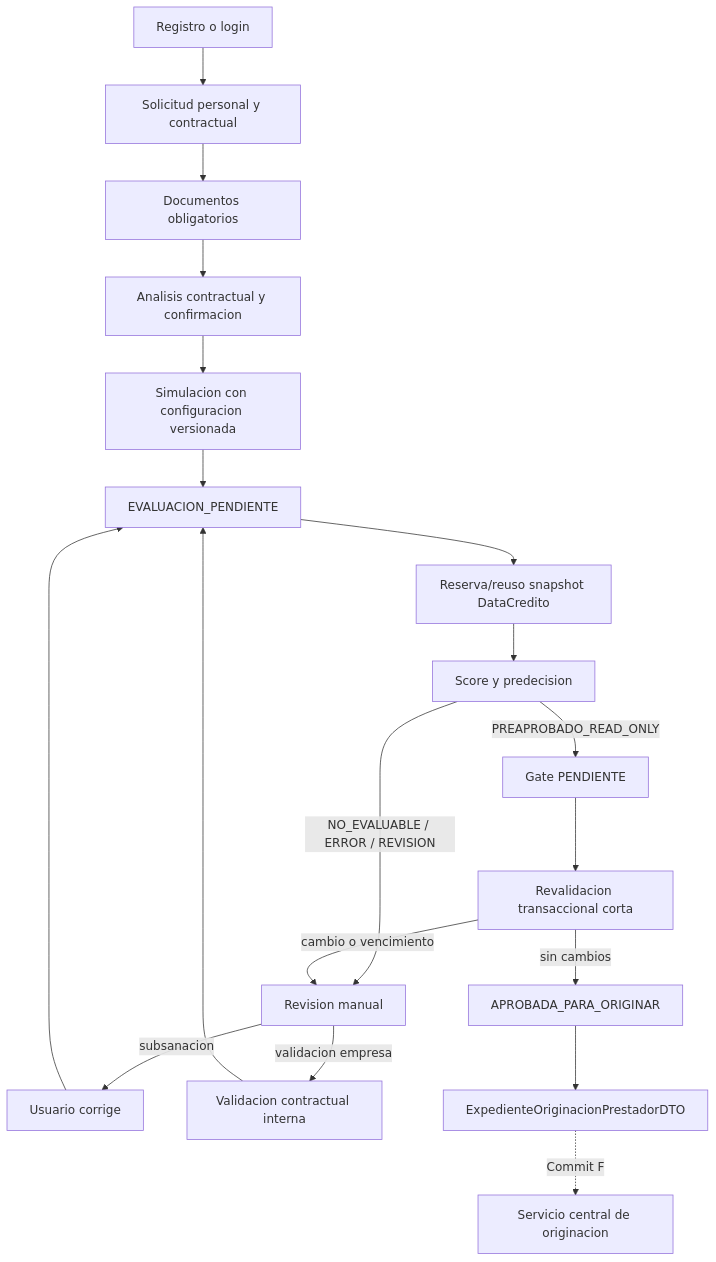
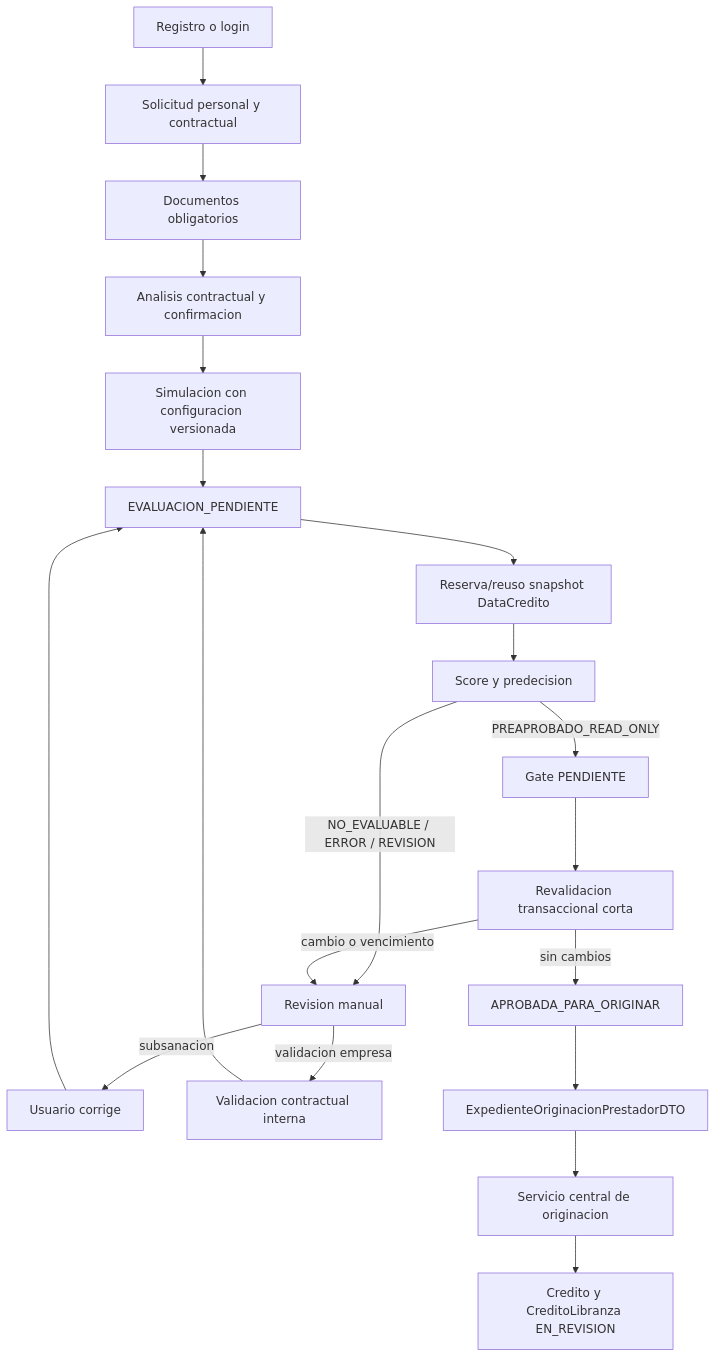
The second of 7 diagrams in docs/prestadores_flujo_end_to_end.md (AdminDataIn/aprobado), drawn with Mermaid before and after one commit. The commit also changed other lines of this file and 14 other files, not shown here.

````diff
--- a/docs/prestadores_flujo_end_to_end.md
+++ b/docs/prestadores_flujo_end_to_end.md
@@ -65,21 +66,22 @@
 ```mermaid
 flowchart TD
     A[Registro o login] --> B[Solicitud personal y contractual]
     B --> C[Documentos obligatorios]
     C --> D[Analisis contractual y confirmacion]
     D --> E[Simulacion con configuracion versionada]
     E --> F[EVALUACION_PENDIENTE]
     F --> G[Reserva/reuso snapshot DataCredito]
     G --> H[Score y predecision]
     H -->|NO_EVALUABLE / ERROR / REVISION| I[Revision manual]
     I -->|subsanacion| J[Usuario corrige]
     J --> F
     I -->|validacion empresa| K[Validacion contractual interna]
     K --> F
     H -->|PREAPROBADO_READ_ONLY| L[Gate PENDIENTE]
     L --> M[Revalidacion transaccional corta]
     M -->|cambio o vencimiento| I
     M -->|sin cambios| N[APROBADA_PARA_ORIGINAR]
     N --> O[ExpedienteOriginacionPrestadorDTO]
-    O -. Commit F .-> P[Servicio central de originacion]
+    O --> P[Servicio central de originacion]
+    P --> Q[Credito y CreditoLibranza EN_REVISION]
 ```
````
